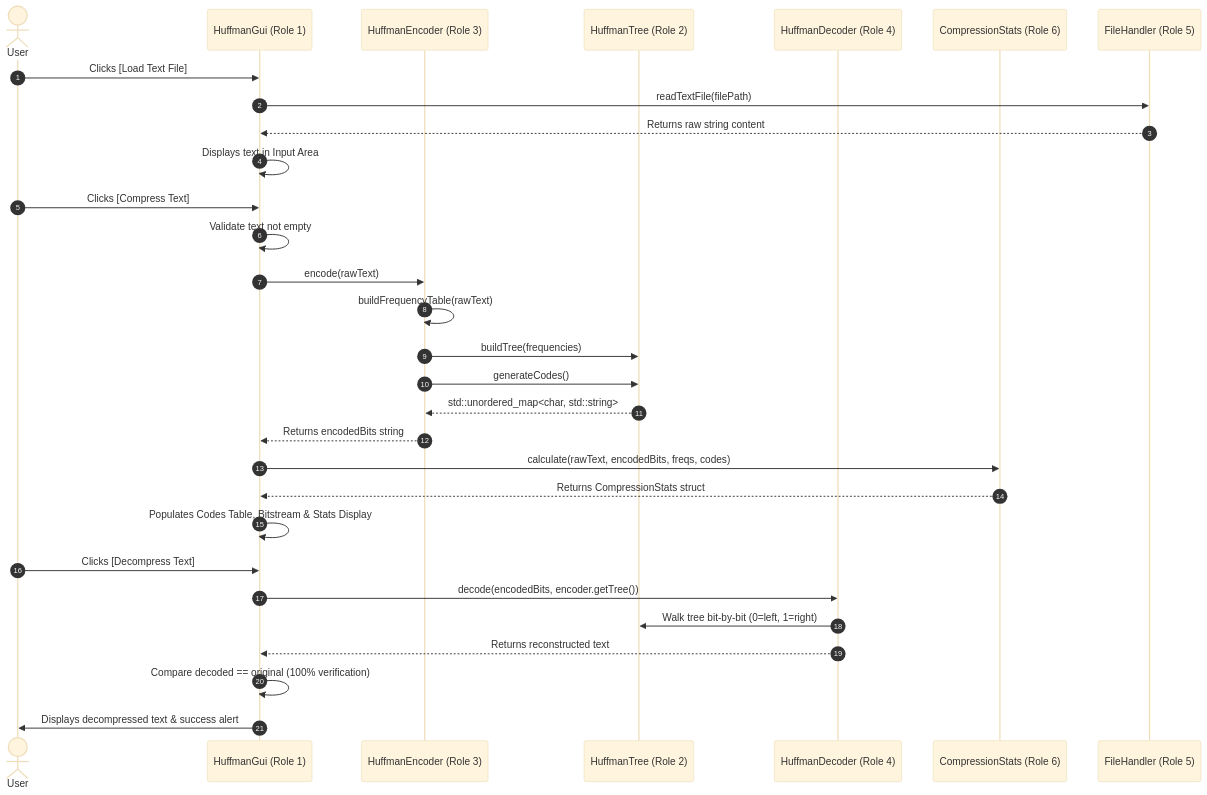
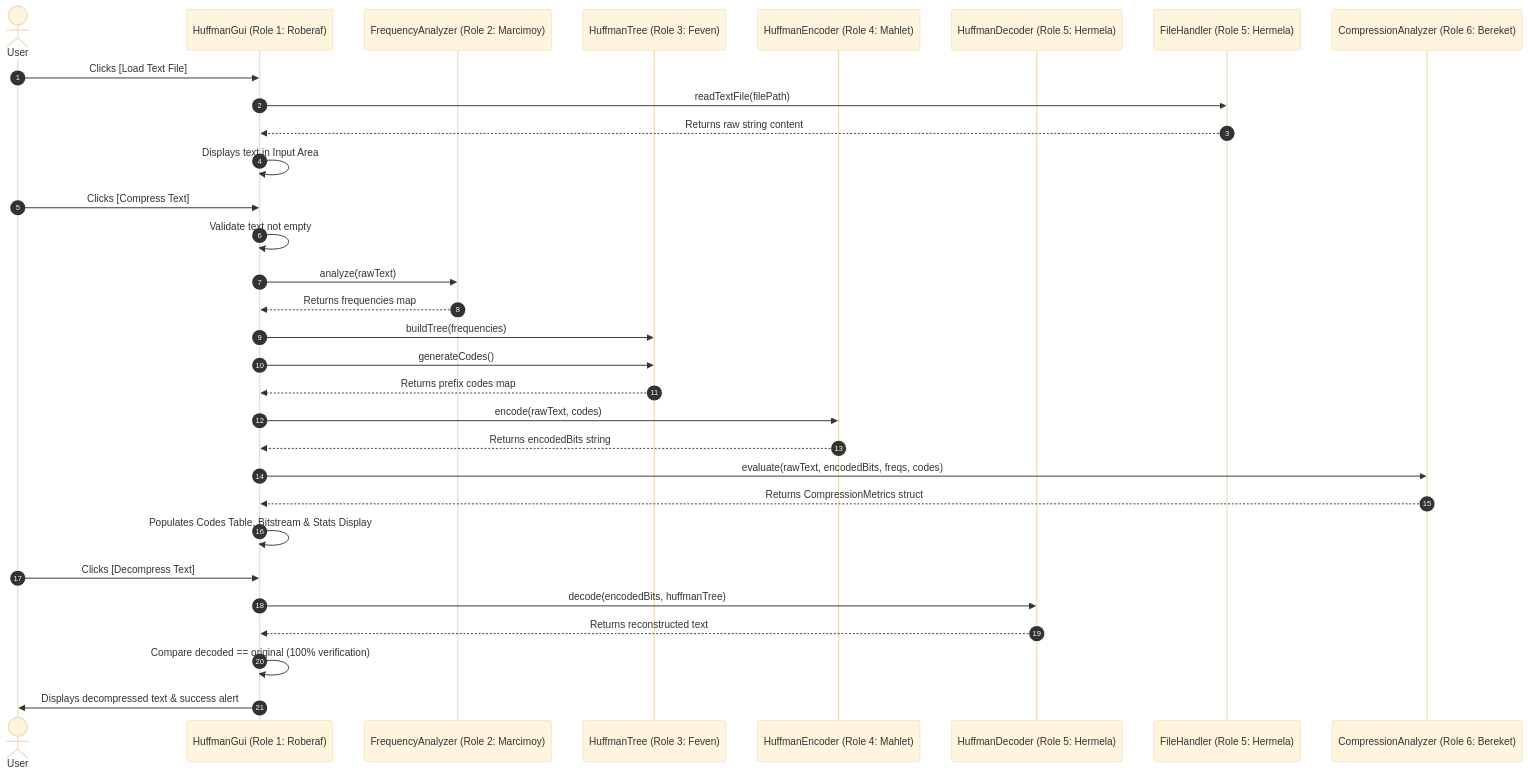
Before and after one commit to RoberafTamirat/Huffman-Coding-Data-Compression: the second of 2 diagrams in docs/gui_documentation.md, drawn with Mermaid (base theme). The commit also changed other lines of this file and 22 other files, not shown here.

Commit message:
refactor: enforce team role boundaries, separate member modules, and focus on Role 1 GUI coordinator

````diff
--- a/docs/gui_documentation.md
+++ b/docs/gui_documentation.md
@@ -106,35 +106,36 @@
 ```mermaid
 sequenceDiagram
     autonumber
     actor User
-    participant GUI as HuffmanGui (Role 1)
-    participant Enc as HuffmanEncoder (Role 3)
-    participant Tree as HuffmanTree (Role 2)
-    participant Dec as HuffmanDecoder (Role 4)
-    participant Stats as CompressionStats (Role 6)
-    participant IO as FileHandler (Role 5)
+    participant GUI as HuffmanGui (Role 1: Roberaf)
+    participant Freq as FrequencyAnalyzer (Role 2: Marcimoy)
+    participant Tree as HuffmanTree (Role 3: Feven)
+    participant Enc as HuffmanEncoder (Role 4: Mahlet)
+    participant Dec as HuffmanDecoder (Role 5: Hermela)
+    participant File as FileHandler (Role 5: Hermela)
+    participant Stats as CompressionAnalyzer (Role 6: Bereket)
 
     User->>GUI: Clicks [Load Text File]
-    GUI->>IO: readTextFile(filePath)
-    IO-->>GUI: Returns raw string content
+    GUI->>File: readTextFile(filePath)
+    File-->>GUI: Returns raw string content
     GUI->>GUI: Displays text in Input Area
 
     User->>GUI: Clicks [Compress Text]
     GUI->>GUI: Validate text not empty
-    GUI->>Enc: encode(rawText)
-    Enc->>Enc: buildFrequencyTable(rawText)
-    Enc->>Tree: buildTree(frequencies)
-    Enc->>Tree: generateCodes()
-    Tree-->>Enc: std::unordered_map<char, std::string>
+    GUI->>Freq: analyze(rawText)
+    Freq-->>GUI: Returns frequencies map
+    GUI->>Tree: buildTree(frequencies)
+    GUI->>Tree: generateCodes()
+    Tree-->>GUI: Returns prefix codes map
+    GUI->>Enc: encode(rawText, codes)
     Enc-->>GUI: Returns encodedBits string
-    GUI->>Stats: calculate(rawText, encodedBits, freqs, codes)
-    Stats-->>GUI: Returns CompressionStats struct
+    GUI->>Stats: evaluate(rawText, encodedBits, freqs, codes)
+    Stats-->>GUI: Returns CompressionMetrics struct
     GUI->>GUI: Populates Codes Table, Bitstream & Stats Display
 
     User->>GUI: Clicks [Decompress Text]
-    GUI->>Dec: decode(encodedBits, encoder.getTree())
-    Dec->>Tree: Walk tree bit-by-bit (0=left, 1=right)
+    GUI->>Dec: decode(encodedBits, huffmanTree)
     Dec-->>GUI: Returns reconstructed text
     GUI->>GUI: Compare decoded == original (100% verification)
     GUI->>User: Displays decompressed text & success alert
 ```
````
